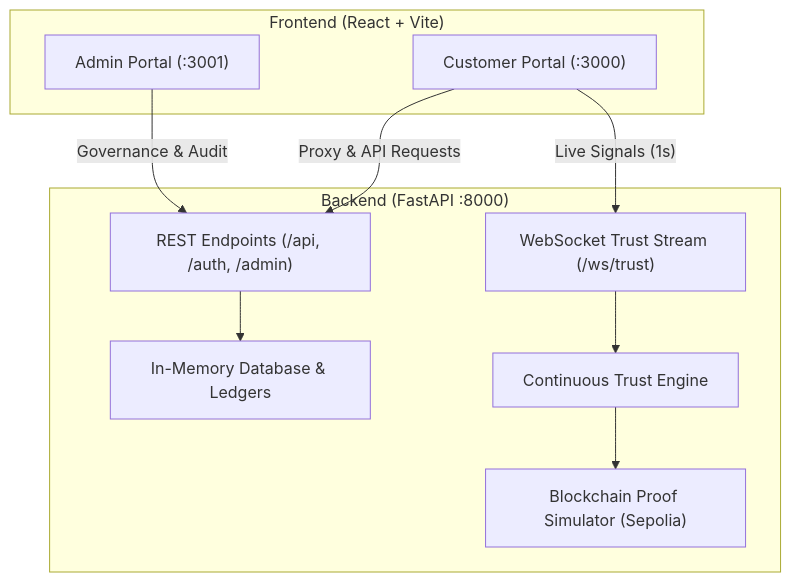
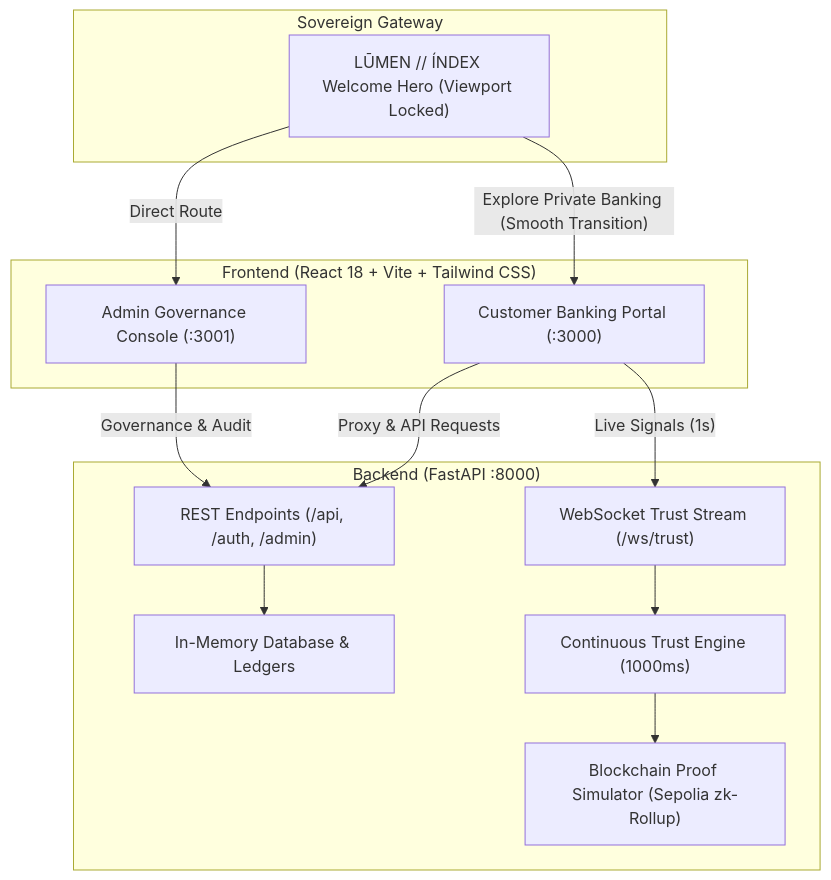
One commit to Prashant44-cell/Nexus changed the diagram in README.md. Above: the diagram before and after it, drawn with Mermaid. The commit also changed other lines of this file and 11 other files, not shown here.

````diff
--- a/README.md
+++ b/README.md
@@ -11,22 +11,28 @@
 ```mermaid
 flowchart TD
-    subgraph Frontend ["Frontend (React + Vite)"]
-        CP["Customer Portal (:3000)"]
-        AP["Admin Portal (:3001)"]
+    subgraph Gateway ["Sovereign Gateway"]
+        WH["LŪMEN // ÍNDEX Welcome Hero (Viewport Locked)"]
+    end
+
+    subgraph Frontend ["Frontend (React 18 + Vite + Tailwind CSS)"]
+        CP["Customer Banking Portal (:3000)"]
+        AP["Admin Governance Console (:3001)"]
     end
 
     subgraph Backend ["Backend (FastAPI :8000)"]
         API["REST Endpoints (/api, /auth, /admin)"]
         WS["WebSocket Trust Stream (/ws/trust)"]
         DB["In-Memory Database & Ledgers"]
-        TE["Continuous Trust Engine"]
-        BC["Blockchain Proof Simulator (Sepolia)"]
+        TE["Continuous Trust Engine (1000ms)"]
+        BC["Blockchain Proof Simulator (Sepolia zk-Rollup)"]
     end
 
+    WH -->|"Explore Private Banking (Smooth Transition)"| CP
+    WH -->|"Direct Route"| AP
     CP -->|"Proxy & API Requests"| API
     CP -->|"Live Signals (1s)"| WS
     AP -->|"Governance & Audit"| API
     WS --> TE
     API --> DB
     TE --> BC
 ```
````
